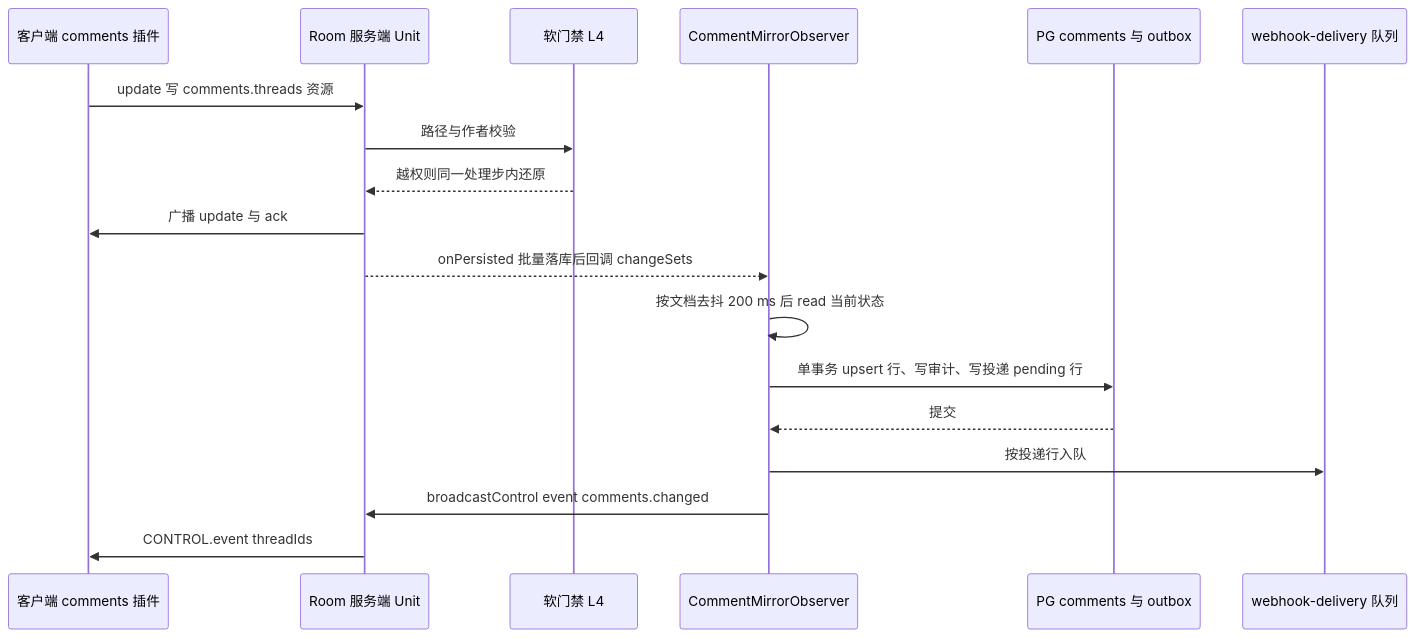
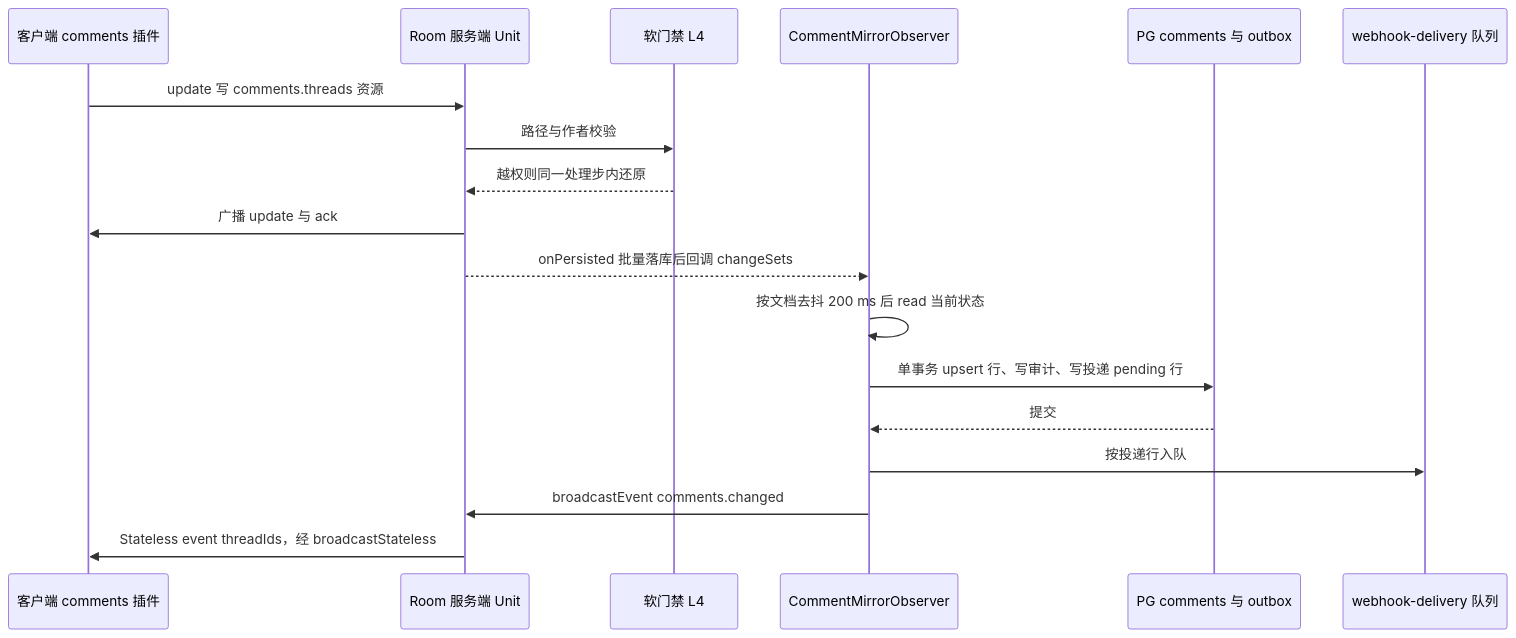
The first of 6 diagrams in docs/60-backend/07-modules-comments-webhooks-audit.md (Xeonice/cordis-ppt-editor), drawn with Mermaid before and after one commit. The commit also changed other lines of this file and 19 other files, not shown here.

````diff
--- a/docs/60-backend/07-modules-comments-webhooks-audit.md
+++ b/docs/60-backend/07-modules-comments-webhooks-audit.md
@@ -59,20 +59,20 @@
 ```mermaid
 sequenceDiagram
   participant C as 客户端 comments 插件
   participant R as Room 服务端 Unit
   participant G as 软门禁 L4
   participant O as CommentMirrorObserver
   participant DB as PG comments 与 outbox
   participant Q as webhook-delivery 队列
   C->>R: update 写 comments.threads 资源
   R->>G: 路径与作者校验
   G-->>R: 越权则同一处理步内还原
   R->>C: 广播 update 与 ack
   R-->>O: onPersisted 批量落库后回调 changeSets
   O->>O: 按文档去抖 200 ms 后 read 当前状态
   O->>DB: 单事务 upsert 行、写审计、写投递 pending 行
   DB-->>O: 提交
   O->>Q: 按投递行入队
-  O->>R: broadcastControl event comments.changed
-  R->>C: CONTROL.event threadIds
+  O->>R: broadcastEvent comments.changed
+  R->>C: Stateless event threadIds，经 broadcastStateless
 ```
````
